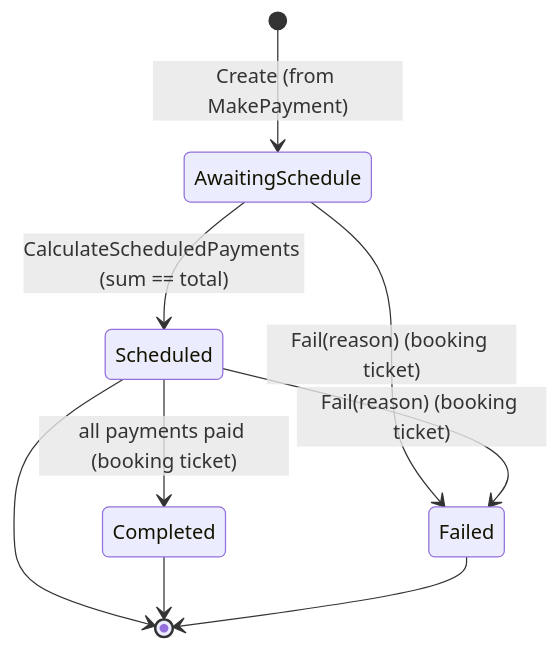
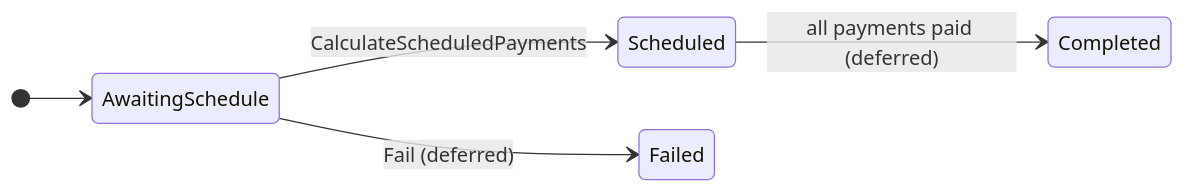
Before and after one commit to mnnam1302/EShop: the third of 7 diagrams in Finance/src/EShop.Finance.API/README.md, drawn with Mermaid. The commit also changed other lines of this file and 82 other files, not shown here.

````diff
--- a/Finance/src/EShop.Finance.API/README.md
+++ b/Finance/src/EShop.Finance.API/README.md
@@ -268,11 +70,8 @@
 ```mermaid
 stateDiagram-v2
-    [*] --> AwaitingSchedule : Create (from MakePayment)
-    AwaitingSchedule --> Scheduled : CalculateScheduledPayments (sum == total)
-    Scheduled --> Completed : all payments paid (booking ticket)
-    AwaitingSchedule --> Failed : Fail(reason) (booking ticket)
-    Scheduled --> Failed : Fail(reason) (booking ticket)
-    Scheduled --> [*]
-    Completed --> [*]
-    Failed --> [*]
+    direction LR
+    [*] --> AwaitingSchedule
+    AwaitingSchedule --> Scheduled : CalculateScheduledPayments
+    Scheduled --> Completed : all payments paid (deferred)
+    AwaitingSchedule --> Failed : Fail (deferred)
 ```
````
